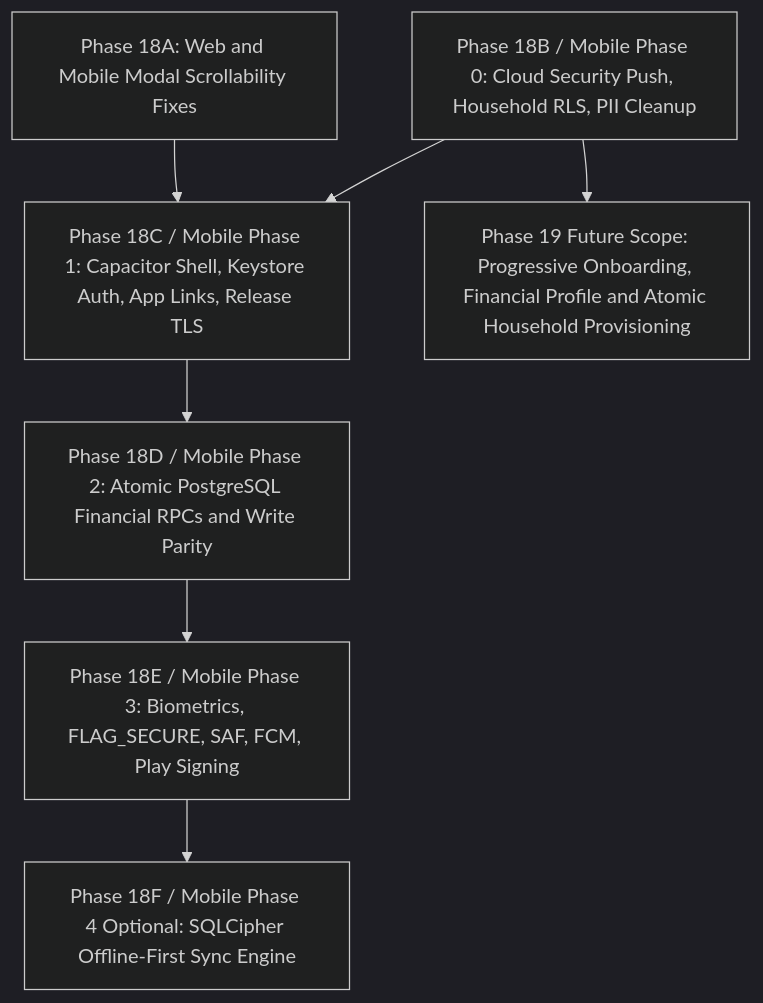
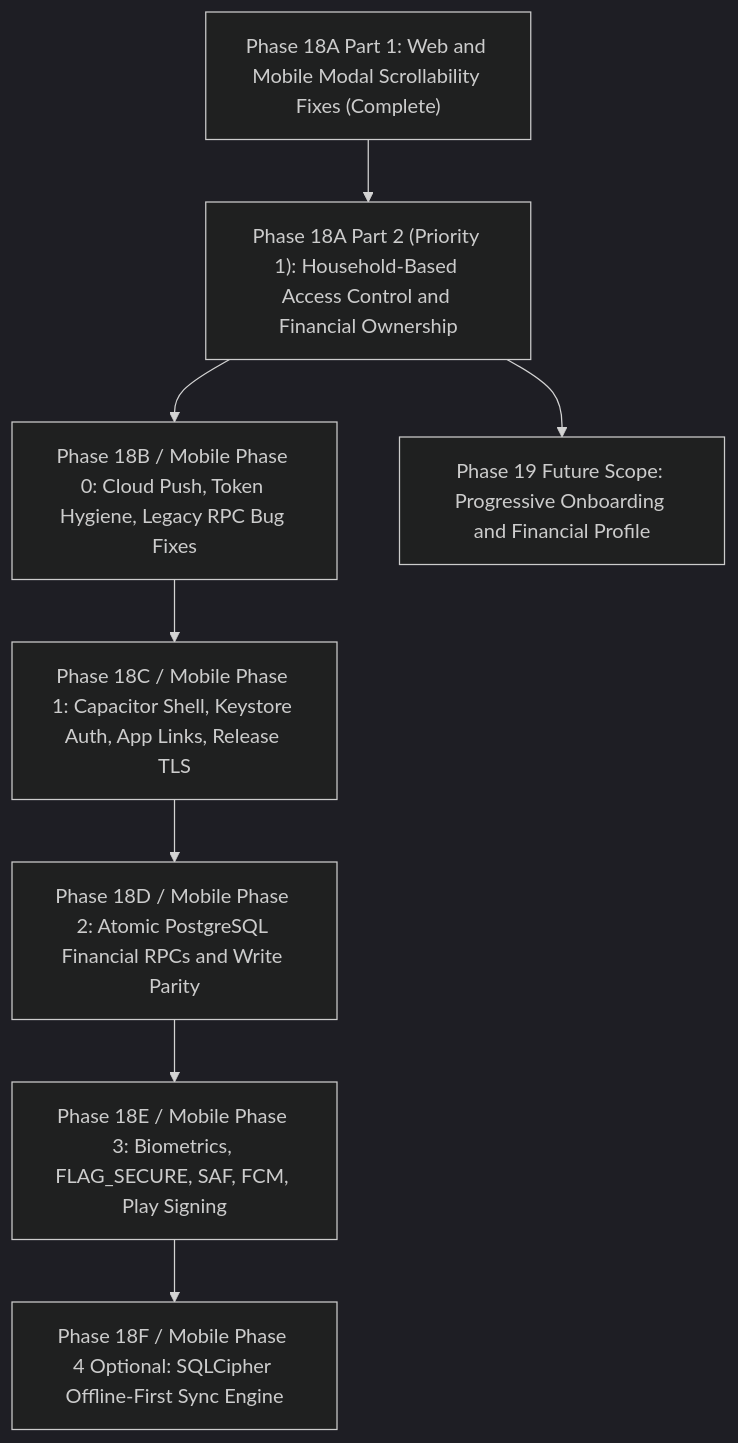
The diagram in docs/next-phase-development-plan.md (ketan14/wealthNest), drawn with Mermaid (dark theme) before and after one commit. The commit also changed other lines of this file and 2 other files, not shown here.

Commit message:
docs: add household ownership and access model architecture specification and update development plan

````diff
--- a/docs/next-phase-development-plan.md
+++ b/docs/next-phase-development-plan.md
@@ -32,17 +34,19 @@
 ```mermaid
 flowchart TD
-    P18A["Phase 18A: Web and Mobile Modal Scrollability Fixes"]
-    P18B["Phase 18B / Mobile Phase 0: Cloud Security Push, Household RLS, PII Cleanup"]
+    P18A1["Phase 18A Part 1: Web and Mobile Modal Scrollability Fixes (Complete)"]
+    P18A2["Phase 18A Part 2 (Priority 1): Household-Based Access Control and Financial Ownership"]
+    P18B["Phase 18B / Mobile Phase 0: Cloud Push, Token Hygiene, Legacy RPC Bug Fixes"]
     P18C["Phase 18C / Mobile Phase 1: Capacitor Shell, Keystore Auth, App Links, Release TLS"]
     P18D["Phase 18D / Mobile Phase 2: Atomic PostgreSQL Financial RPCs and Write Parity"]
     P18E["Phase 18E / Mobile Phase 3: Biometrics, FLAG_SECURE, SAF, FCM, Play Signing"]
     P18F["Phase 18F / Mobile Phase 4 Optional: SQLCipher Offline-First Sync Engine"]
-    P19["Phase 19 Future Scope: Progressive Onboarding, Financial Profile and Atomic Household Provisioning"]
+    P19["Phase 19 Future Scope: Progressive Onboarding and Financial Profile"]
 
-    P18A --> P18C
+    P18A1 --> P18A2
+    P18A2 --> P18B
+    P18A2 --> P19
     P18B --> P18C
-    P18B --> P19
     P18C --> P18D
     P18D --> P18E
     P18E --> P18F
 ```
````
